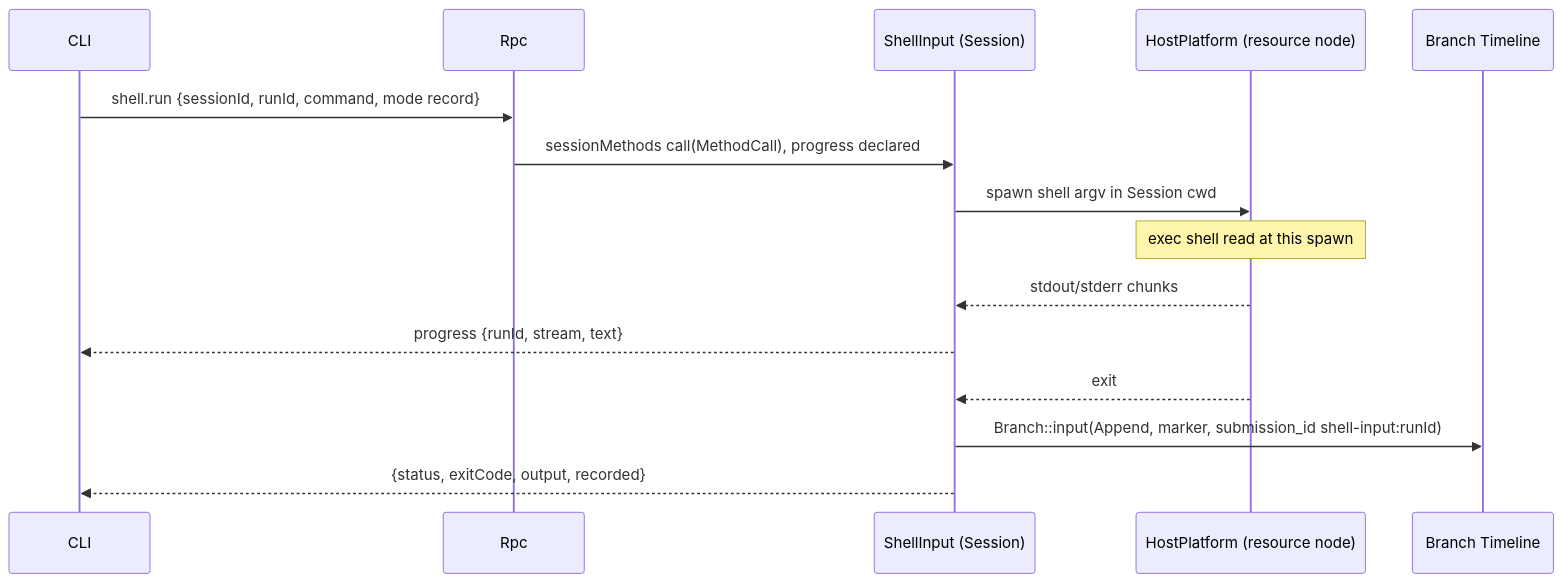
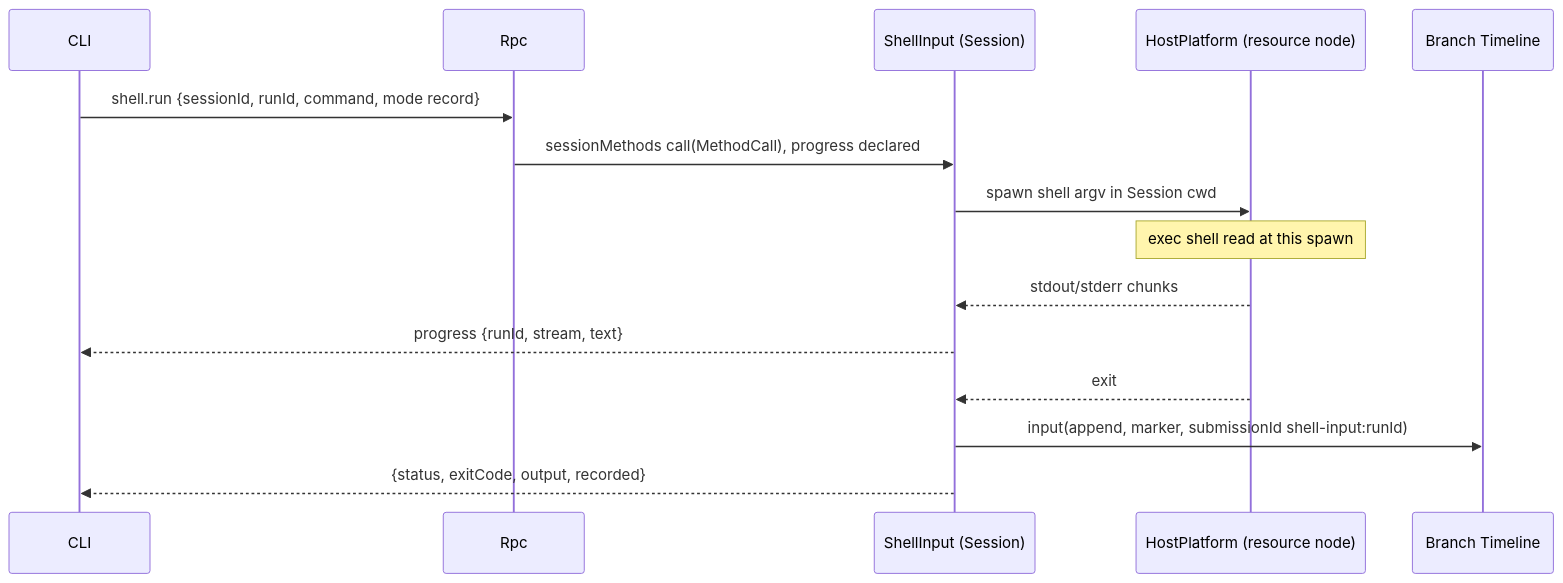
Before and after one commit to CoutinhoTTS/dim-agent: the third of 5 diagrams in docs/design/plugins/ShellInput.md, drawn with Mermaid. The commit also changed other lines of this file and 12 other files, not shown here.

````diff
--- a/docs/design/plugins/ShellInput.md
+++ b/docs/design/plugins/ShellInput.md
@@ -67,17 +67,17 @@
 ```mermaid
 sequenceDiagram
   participant C as CLI
   participant R as Rpc
   participant SI as ShellInput (Session)
   participant HP as HostPlatform (resource node)
   participant TL as Branch Timeline
   C->>R: shell.run {sessionId, runId, command, mode record}
   R->>SI: sessionMethods call(MethodCall), progress declared
   SI->>HP: spawn shell argv in Session cwd
   Note over HP: exec shell read at this spawn
   HP-->>SI: stdout/stderr chunks
   SI-->>C: progress {runId, stream, text}
   HP-->>SI: exit
-  SI->>TL: Branch::input(Append, marker, submission_id shell-input:runId)
+  SI->>TL: input(append, marker, submissionId shell-input:runId)
   SI-->>C: {status, exitCode, output, recorded}
 ```
````
